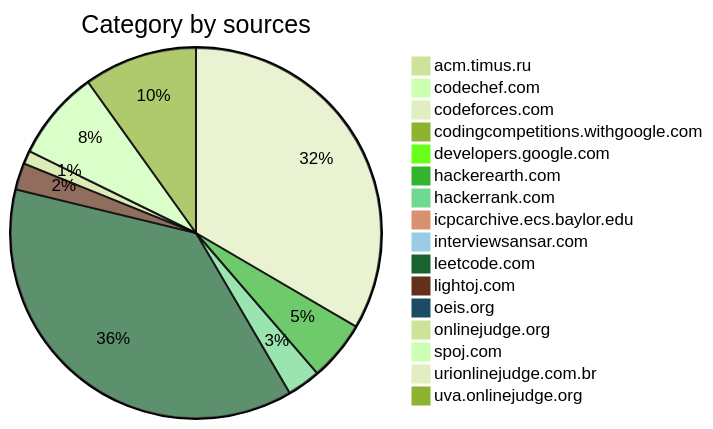
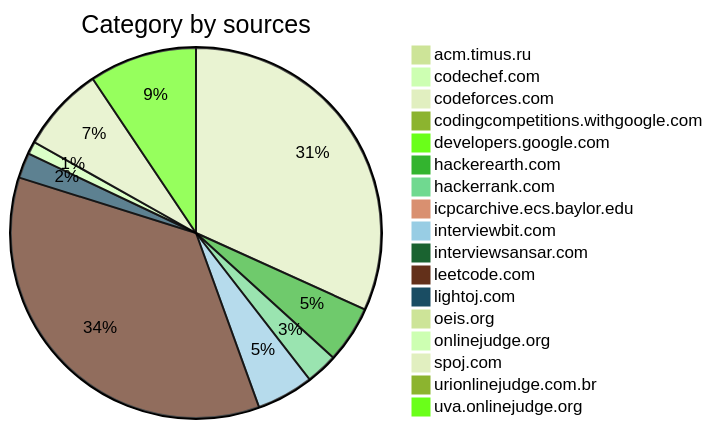
The diagram in README.md (hienmv/Problems-Solving), drawn with Mermaid (forest theme) before and after one commit. The commit also changed other lines of this file and 18 other files, not shown here.

````diff
--- a/README.md
+++ b/README.md
@@ -22,20 +23,21 @@
 ```mermaid
 pie
 	title Category by sources
 	"acm.timus.ru" : 1
 	"codechef.com" : 2
 	"codeforces.com" : 115
 	"codingcompetitions.withgoogle.com" : 1
 	"developers.google.com" : 1
 	"hackerearth.com" : 18
 	"hackerrank.com" : 10
 	"icpcarchive.ecs.baylor.edu" : 3
+	"interviewbit.com" : 18
 	"interviewsansar.com" : 1
 	"leetcode.com" : 128
 	"lightoj.com" : 8
 	"oeis.org" : 1
 	"onlinejudge.org" : 4
 	"spoj.com" : 27
 	"urionlinejudge.com.br" : 2
 	"uva.onlinejudge.org" : 34
 ```
````
